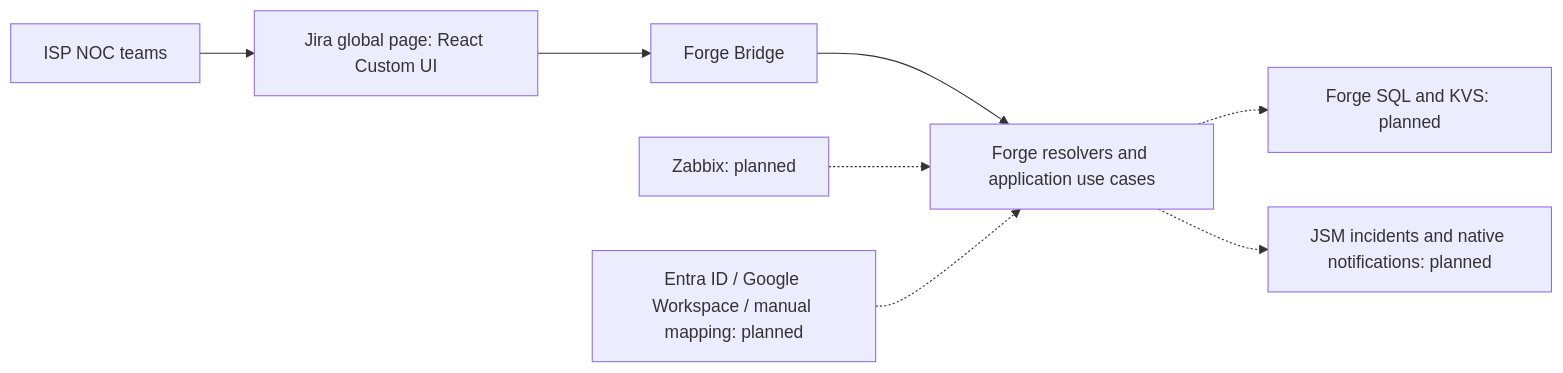
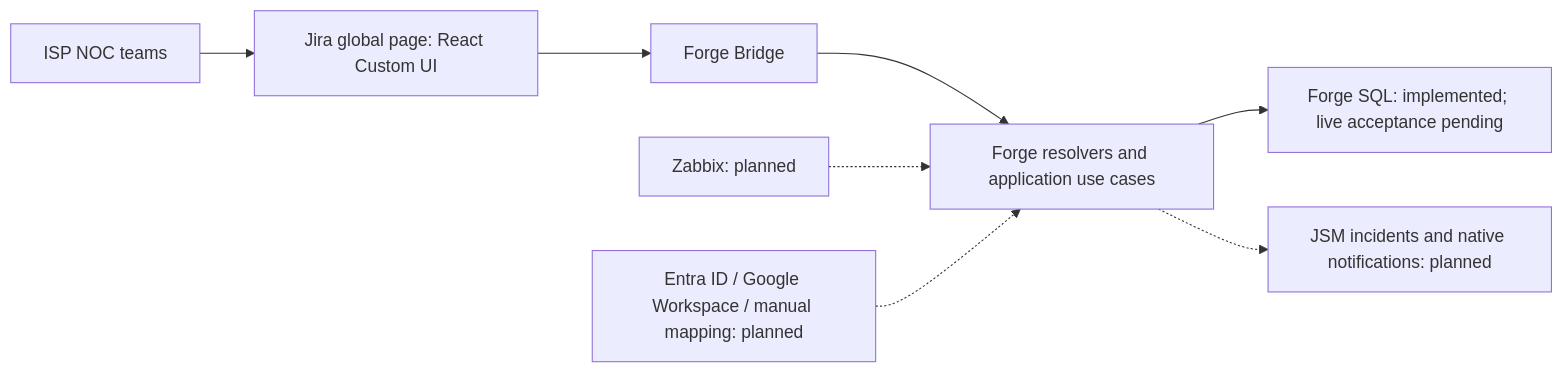
One commit to FRANKD-UX/light-house changed the diagram in README.md. Above: the diagram before and after it, drawn with Mermaid. The commit also changed other lines of this file and 59 other files, not shown here.

````diff
--- a/README.md
+++ b/README.md
@@ -25,10 +25,10 @@
 ```mermaid
 flowchart LR
     NOC[ISP NOC teams] --> Jira[Jira global page: React Custom UI]
     Jira --> Bridge[Forge Bridge]
     Bridge --> Functions[Forge resolvers and application use cases]
     Zabbix[Zabbix: planned] -.-> Functions
-    Functions -.-> Storage[Forge SQL and KVS: planned]
+    Functions --> Storage[Forge SQL: implemented; live acceptance pending]
     Functions -.-> JSM[JSM incidents and native notifications: planned]
     Directory[Entra ID / Google Workspace / manual mapping: planned] -.-> Functions
 ```
````
